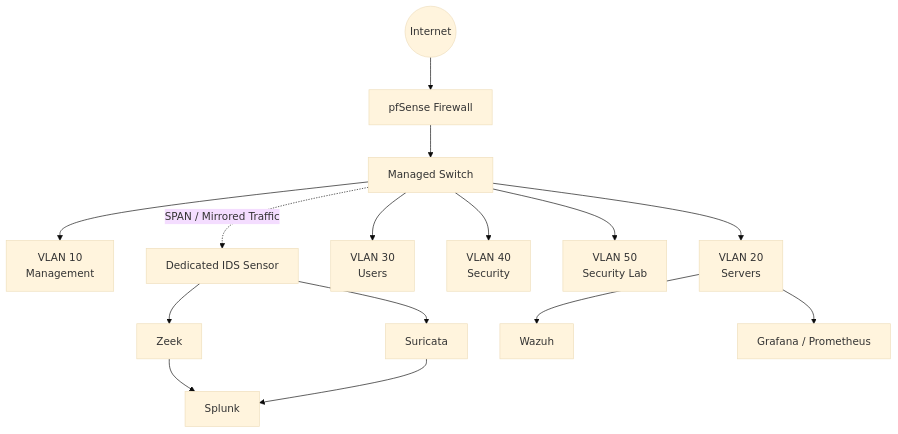
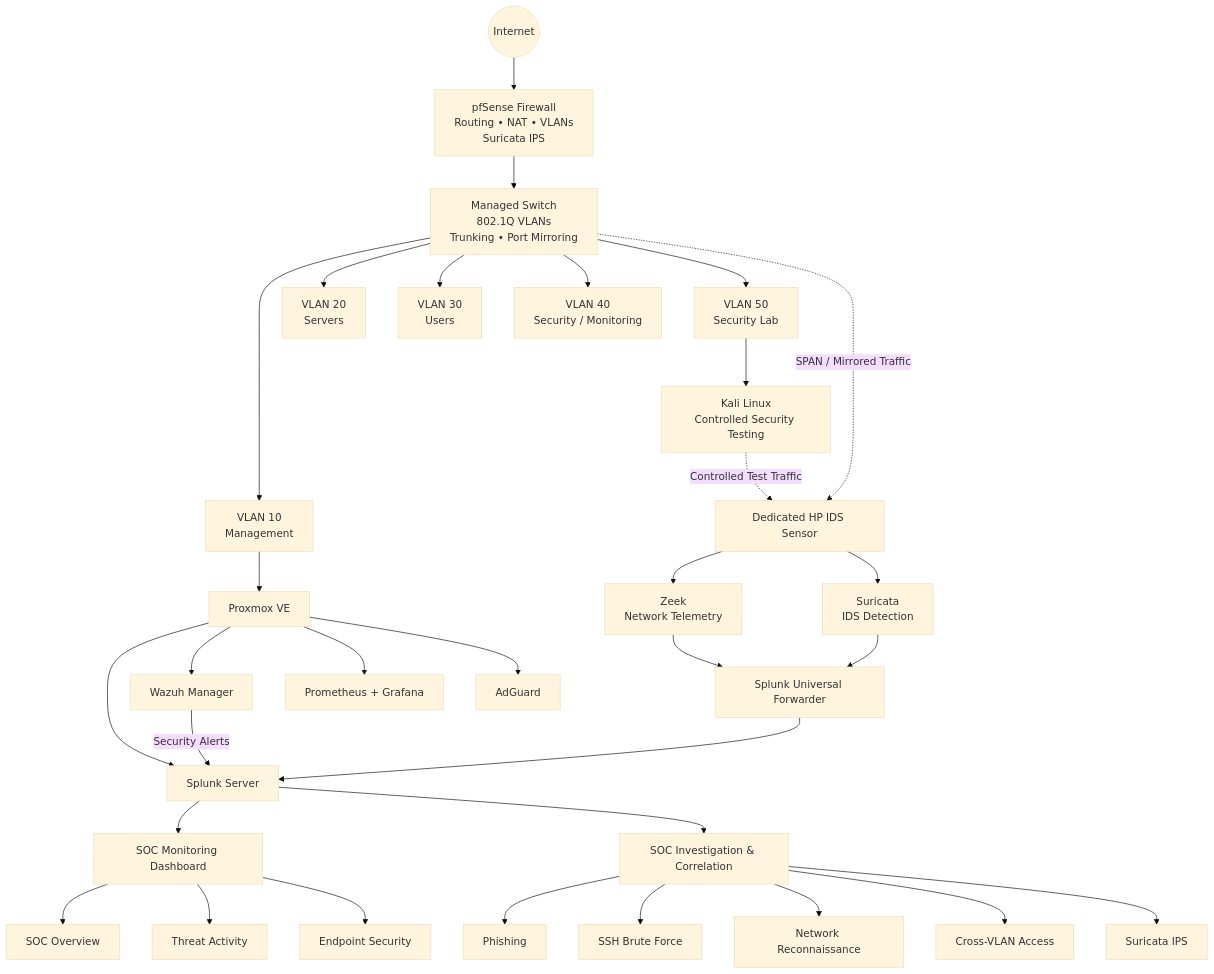
The first of 4 diagrams in README.md (CyberAmal/enterprise-soc-security-lab), drawn with Mermaid (base theme) before and after one commit. The commit also changed other lines of this file, not shown here.

````diff
--- a/README.md
+++ b/README.md
@@ -35,25 +78,52 @@
 ```mermaid
 flowchart TB
-    Internet((Internet))
 
-    Internet --> FW[pfSense Firewall]
+    INTERNET((Internet))
 
-    FW --> SW[Managed Switch]
+    INTERNET --> FW["pfSense Firewall<br/>Routing • NAT • VLANs<br/>Suricata IPS"]
 
-    SW --> MGMT[VLAN 10<br/>Management]
-    SW --> SERVERS[VLAN 20<br/>Servers]
-    SW --> USERS[VLAN 30<br/>Users]
-    SW --> SECURITY[VLAN 40<br/>Security]
-    SW --> LAB[VLAN 50<br/>Security Lab]
+    FW --> SW["Managed Switch<br/>802.1Q VLANs<br/>Trunking • Port Mirroring"]
 
-    SW -. SPAN / Mirrored Traffic .-> IDS[Dedicated IDS Sensor]
+    SW --> V10["VLAN 10<br/>Management"]
+    SW --> V20["VLAN 20<br/>Servers"]
+    SW --> V30["VLAN 30<br/>Users"]
+    SW --> V40["VLAN 40<br/>Security / Monitoring"]
+    SW --> V50["VLAN 50<br/>Security Lab"]
 
-    IDS --> ZEEK[Zeek]
-    IDS --> SURICATA[Suricata]
+    V10 --> PROXMOX["Proxmox VE"]
 
-    ZEEK --> SPLUNK[Splunk]
-    SURICATA --> SPLUNK
+    PROXMOX --> SPLUNK["Splunk Server"]
+    PROXMOX --> WAZUH["Wazuh Manager"]
+    PROXMOX --> MONITORING["Prometheus + Grafana"]
+    PROXMOX --> ADGUARD["AdGuard"]
 
-    SERVERS --> WAZUH[Wazuh]
-    SERVERS --> MONITORING[Grafana / Prometheus]
+    V50 --> KALI["Kali Linux<br/>Controlled Security Testing"]
+
+    SW -. "SPAN / Mirrored Traffic" .-> IDS["Dedicated HP IDS Sensor"]
+
+    IDS --> ZEEK["Zeek<br/>Network Telemetry"]
+    IDS --> SURICATA["Suricata<br/>IDS Detection"]
+
+    ZEEK --> UF["Splunk Universal Forwarder"]
+    SURICATA --> UF
+
+    UF --> SPLUNK
+
+    WAZUH -->|"Security Alerts"| SPLUNK
+
+    SPLUNK --> DASHBOARD["SOC Monitoring Dashboard"]
+
+    DASHBOARD --> SOC["SOC Overview"]
+    DASHBOARD --> THREAT["Threat Activity"]
+    DASHBOARD --> ENDPOINT["Endpoint Security"]
+
+    SPLUNK --> INVESTIGATION["SOC Investigation & Correlation"]
+
+    INVESTIGATION --> I1["Phishing"]
+    INVESTIGATION --> I2["SSH Brute Force"]
+    INVESTIGATION --> I3["Network Reconnaissance"]
+    INVESTIGATION --> I4["Cross-VLAN Access"]
+    INVESTIGATION --> I5["Suricata IPS"]
+
+    KALI -. "Controlled Test Traffic" .-> IDS
 ```
````
